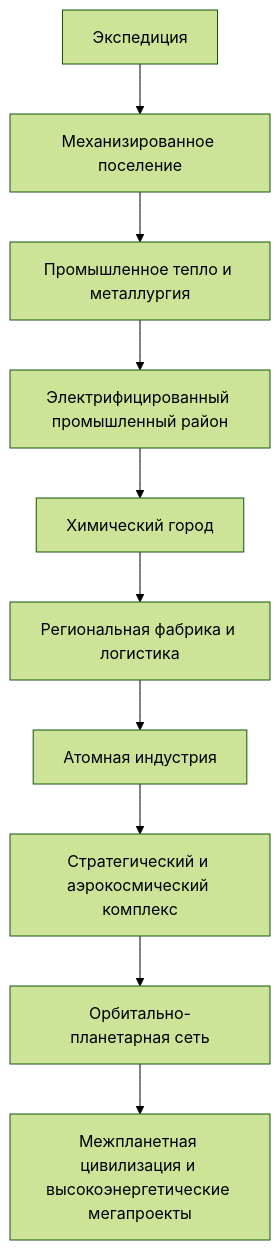
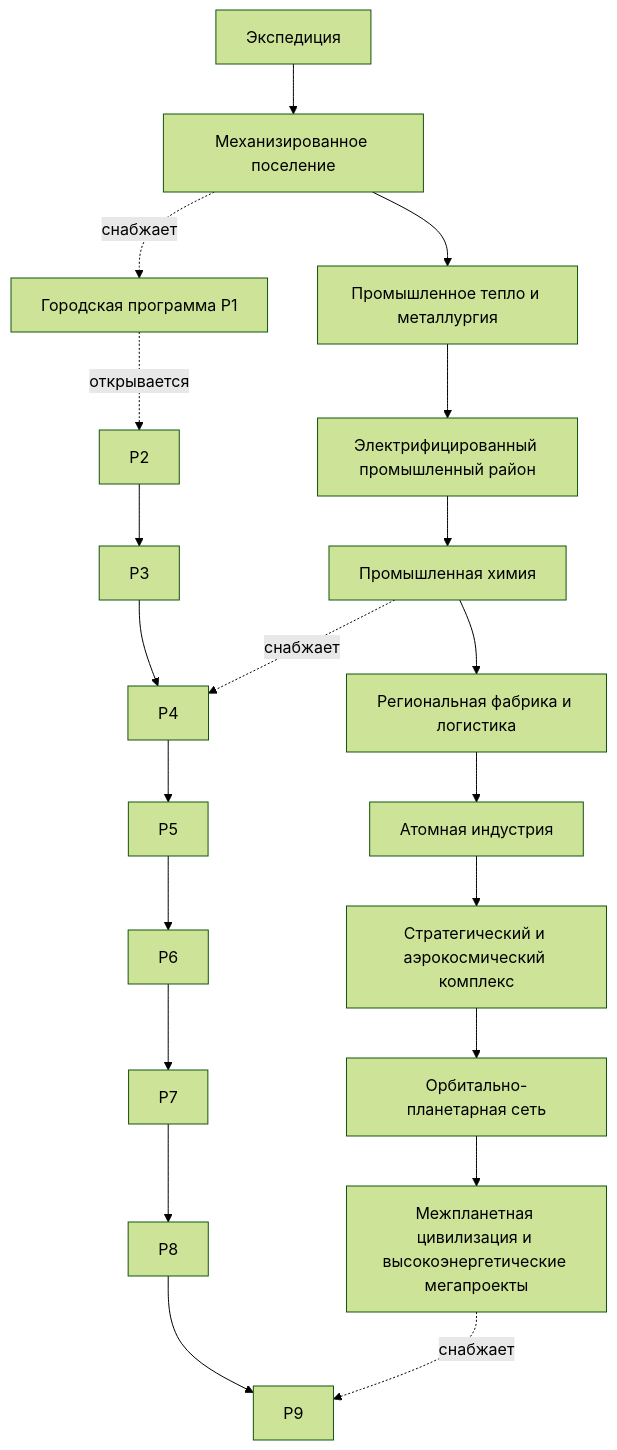
One commit to SZHerio/Recast changed the diagram in docs/TECHNOLOGY_FEDERATION.md. Above: the diagram before and after it, drawn with Mermaid (forest theme). The commit also changed other lines of this file and 289 other files, not shown here.

````diff
--- a/docs/TECHNOLOGY_FEDERATION.md
+++ b/docs/TECHNOLOGY_FEDERATION.md
@@ -234,12 +234,18 @@
 ```mermaid
 flowchart TD
     P0["Экспедиция"] --> P1["Механизированное поселение"]
     P1 --> P2["Промышленное тепло и металлургия"]
     P2 --> P3["Электрифицированный промышленный район"]
-    P3 --> P4["Химический город"]
+    P3 --> P4["Промышленная химия"]
     P4 --> P5["Региональная фабрика и логистика"]
     P5 --> P6["Атомная индустрия"]
     P6 --> P7["Стратегический и аэрокосмический комплекс"]
     P7 --> P8["Орбитально-планетарная сеть"]
     P8 --> P9["Межпланетная цивилизация и высокоэнергетические мегапроекты"]
+
+    C1["Городская программа P1"] -. открывается .-> C2["P2"]
+    C2 --> C3["P3"] --> C4["P4"] --> C5["P5"] --> C6["P6"] --> C7["P7"] --> C8["P8"] --> C9["P9"]
+    P1 -. снабжает .-> C1
+    P4 -. снабжает .-> C4
+    P9 -. снабжает .-> C9
 ```
````
